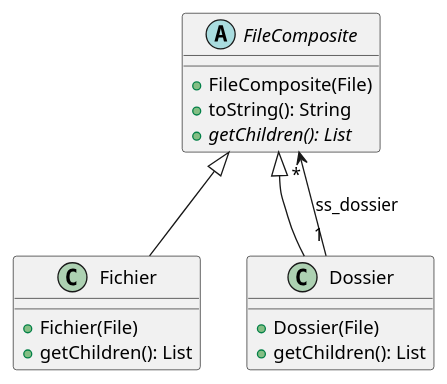
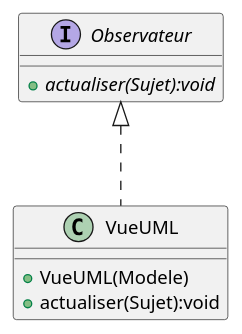
One commit to EliasKho/SAE-Plugin_JavaFx changed the diagram in Diag.puml. Above: the diagram before and after it, drawn with PlantUML. The commit also changed 4 other files, not shown here.

```diff
--- a/Diag.puml
+++ b/Diag.puml
@@ -1,21 +1,12 @@
 @startuml
-class Fichier {
-+Fichier(File)
-+getChildren(): List
+interface Observateur {
++{abstract} actualiser(Sujet):void
 }
 
-class Dossier {
-+Dossier(File)
-+getChildren(): List
+class VueUML {
++VueUML(Modele)
++actualiser(Sujet):void
 }
 
-abstract class FileComposite {
-+FileComposite(File)
-+toString(): String
-+{abstract} getChildren(): List
-}
-
-Fichier -u-|> FileComposite : ""
-Dossier -u-|> FileComposite : ""
-Dossier "1" --> "*" FileComposite : ss_dossier
+VueUML .u.|> Observateur : ""
 @enduml
```
